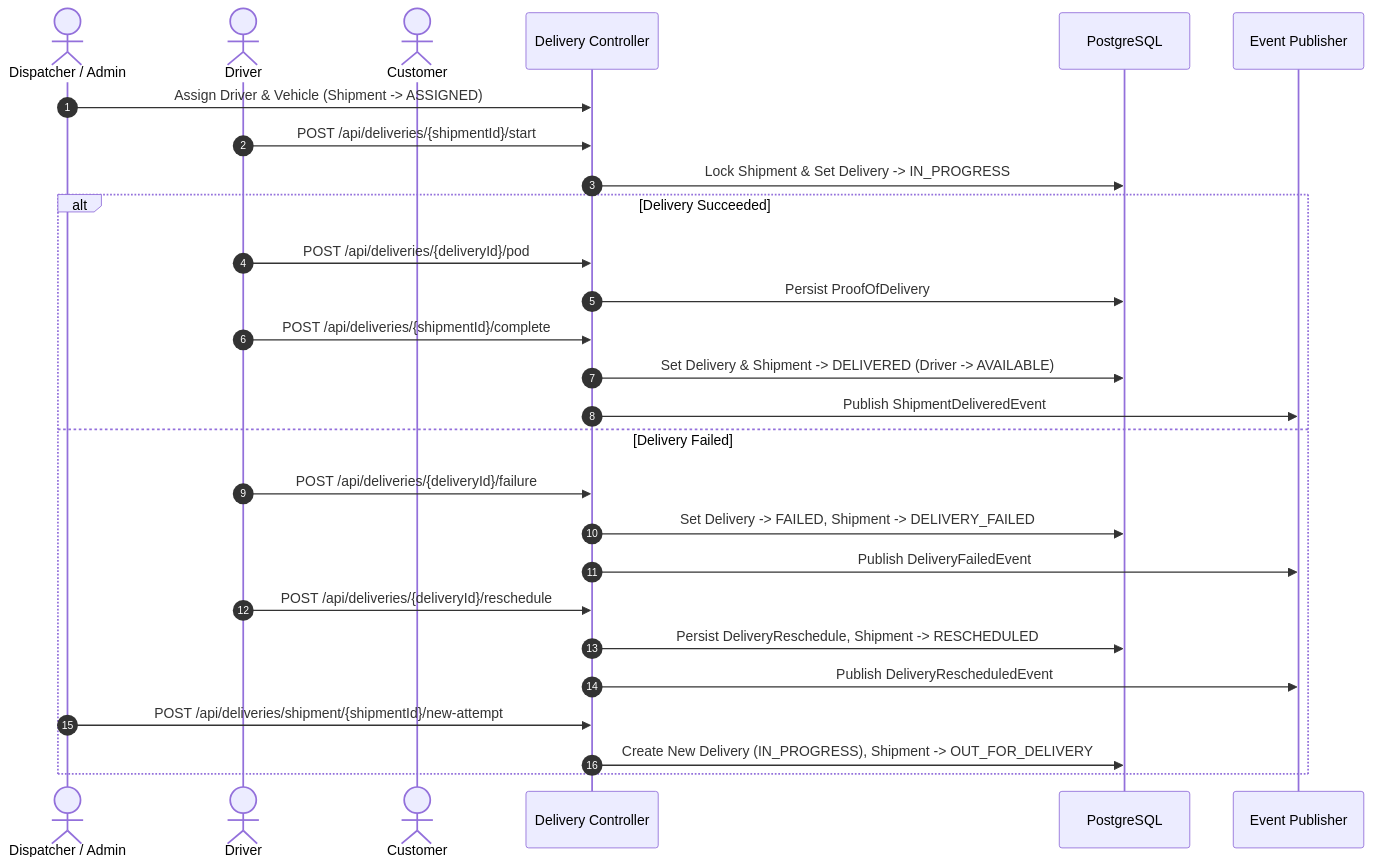
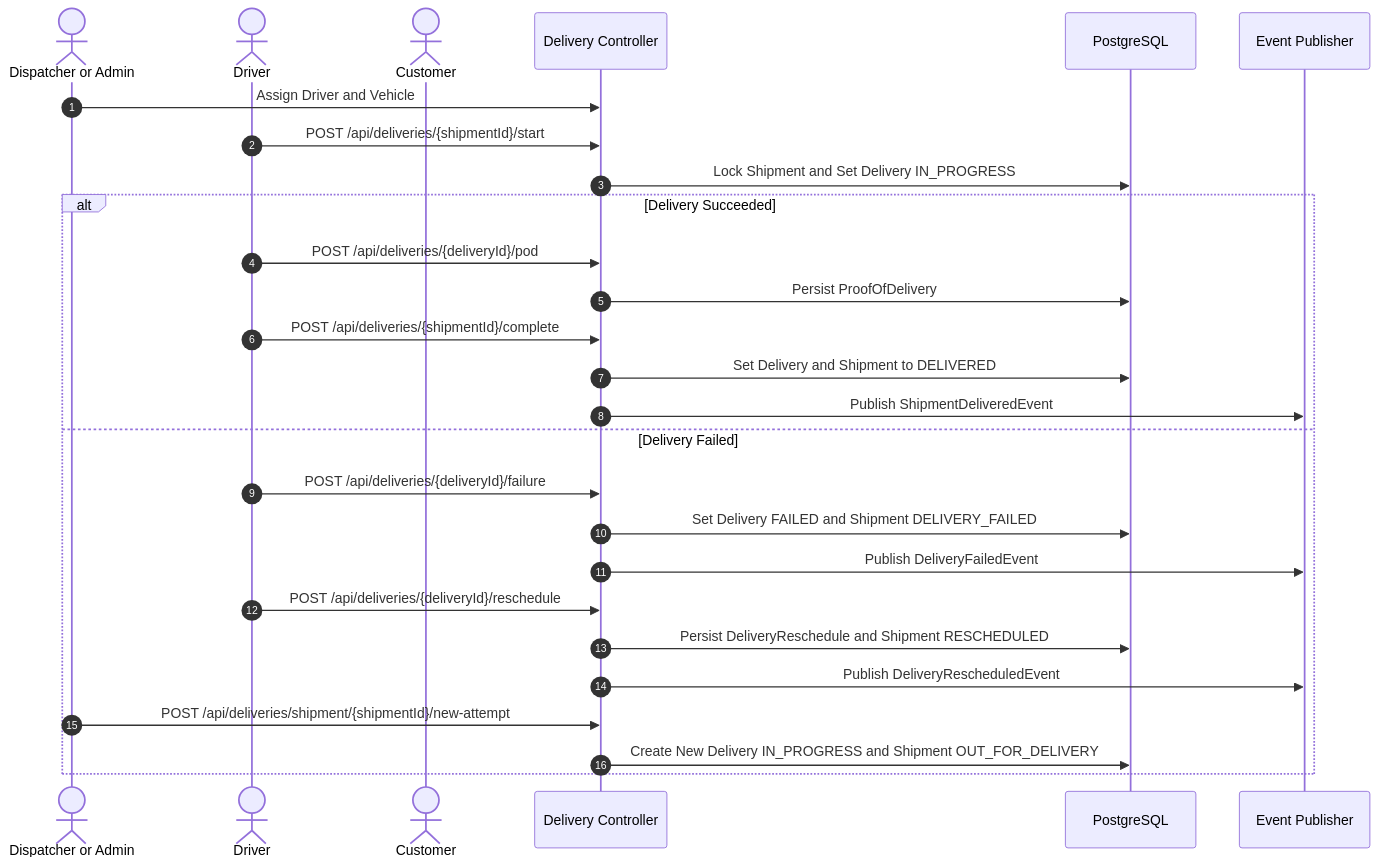
Before and after one commit to ahmedhassanasfour/logistics-management-system-spring-boot: the fourth of 5 diagrams in README.md, drawn with Mermaid. The commit also changed other lines of this file, not shown here.

Commit message:
docs: update architecture diagrams and text in Logistics README

````diff
--- a/README.md
+++ b/README.md
@@ -841,31 +851,31 @@
 ```mermaid
 sequenceDiagram
     autonumber
-    actor Dispatcher as Dispatcher / Admin
+    actor Dispatcher as Dispatcher or Admin
     actor Driver as Driver
     actor Customer as Customer
     participant API as Delivery Controller
     participant DB as PostgreSQL
     participant Events as Event Publisher
 
-    Dispatcher->>API: Assign Driver & Vehicle (Shipment -> ASSIGNED)
+    Dispatcher->>API: Assign Driver and Vehicle
     Driver->>API: POST /api/deliveries/{shipmentId}/start
-    API->>DB: Lock Shipment & Set Delivery -> IN_PROGRESS
+    API->>DB: Lock Shipment and Set Delivery IN_PROGRESS
     
     alt Delivery Succeeded
         Driver->>API: POST /api/deliveries/{deliveryId}/pod
         API->>DB: Persist ProofOfDelivery
         Driver->>API: POST /api/deliveries/{shipmentId}/complete
-        API->>DB: Set Delivery & Shipment -> DELIVERED (Driver -> AVAILABLE)
+        API->>DB: Set Delivery and Shipment to DELIVERED
         API->>Events: Publish ShipmentDeliveredEvent
     else Delivery Failed
         Driver->>API: POST /api/deliveries/{deliveryId}/failure
-        API->>DB: Set Delivery -> FAILED, Shipment -> DELIVERY_FAILED
+        API->>DB: Set Delivery FAILED and Shipment DELIVERY_FAILED
         API->>Events: Publish DeliveryFailedEvent
         Driver->>API: POST /api/deliveries/{deliveryId}/reschedule
-        API->>DB: Persist DeliveryReschedule, Shipment -> RESCHEDULED
+        API->>DB: Persist DeliveryReschedule and Shipment RESCHEDULED
         API->>Events: Publish DeliveryRescheduledEvent
         Dispatcher->>API: POST /api/deliveries/shipment/{shipmentId}/new-attempt
-        API->>DB: Create New Delivery (IN_PROGRESS), Shipment -> OUT_FOR_DELIVERY
+        API->>DB: Create New Delivery IN_PROGRESS and Shipment OUT_FOR_DELIVERY
     end
 ```
````
